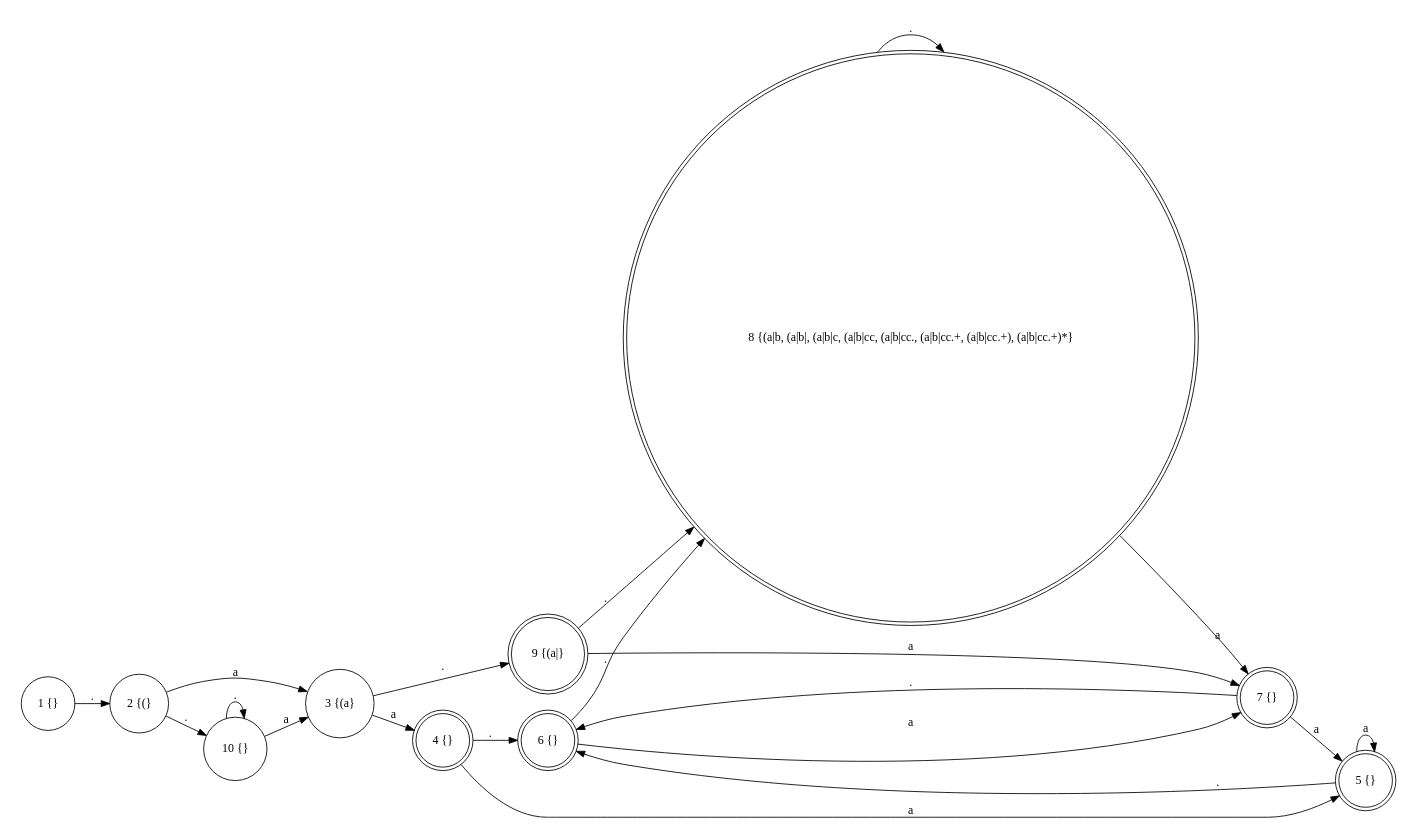
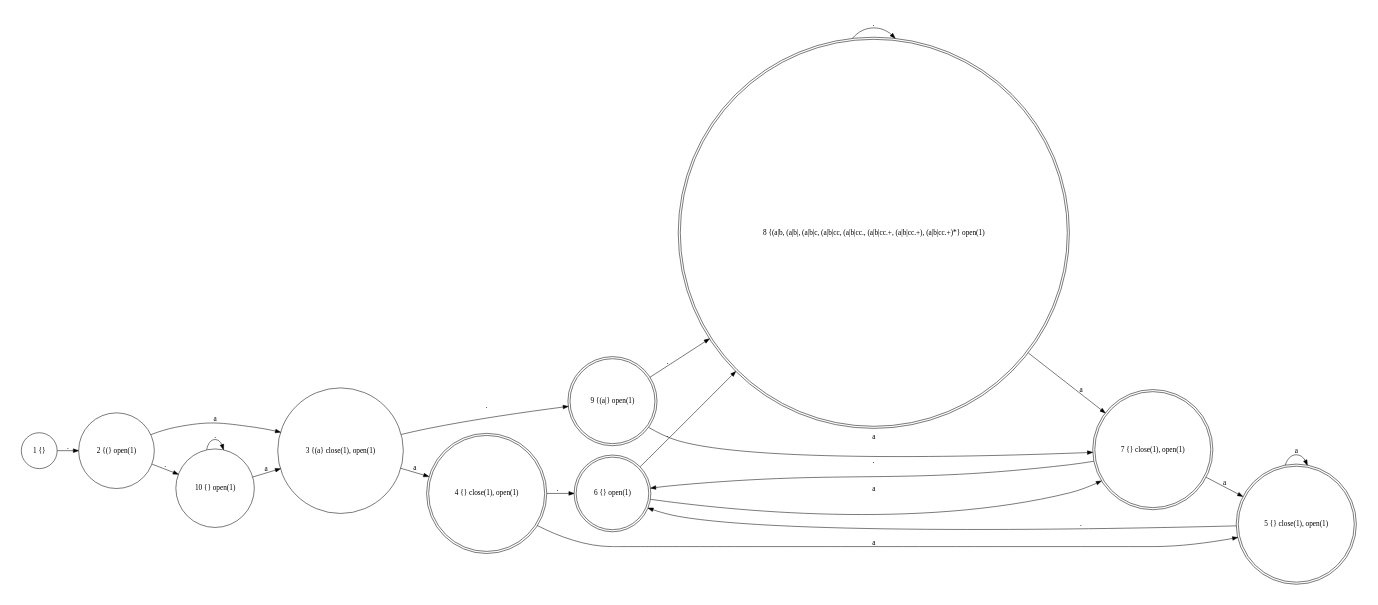
Before and after one commit to leegao/LuaInLua: the diagram in test.dot, drawn with Graphviz. The commit also changed 1 other file, not shown here.

```diff
--- a/test.dot
+++ b/test.dot
@@ -1,35 +1,35 @@
 digraph {
   rankdir=LR;
   size="8,5"
   node[shape=doublecircle,label=""]; 4 8 7 9 6 5;
   node[shape=circle,label=""];
-  4[label="4 {}"];
-  8[label="8 {(a|b, (a|b|, (a|b|c, (a|b|cc, (a|b|cc., (a|b|cc.+, (a|b|cc.+), (a|b|cc.+)*}"];
-  1[label="1 {}"];
-  5[label="5 {}"];
-  9[label="9 {(a|}"];
-  6[label="6 {}"];
-  3[label="3 {(a}"];
-  7[label="7 {}"];
-  2[label="2 {(}"];
-  10[label="10 {}"];
+  4[label="4 {} close(1), open(1)"];
+  8[label="8 {(a|b, (a|b|, (a|b|c, (a|b|cc, (a|b|cc., (a|b|cc.+, (a|b|cc.+), (a|b|cc.+)*} open(1)"];
+  1[label="1 {} "];
+  5[label="5 {} close(1), open(1)"];
+  9[label="9 {(a|} open(1)"];
+  6[label="6 {} open(1)"];
+  3[label="3 {(a} close(1), open(1)"];
+  7[label="7 {} close(1), open(1)"];
+  2[label="2 {(} open(1)"];
+  10[label="10 {} open(1)"];
   4 -> 6[label="."];
   4 -> 5[label="a"];
   8 -> 8[label="."];
   8 -> 7[label="a"];
   1 -> 2[label="."];
   5 -> 6[label="."];
   5 -> 5[label="a"];
   9 -> 8[label="."];
   9 -> 7[label="a"];
   6 -> 8[label="."];
   6 -> 7[label="a"];
   3 -> 4[label="a"];
   3 -> 9[label="."];
   7 -> 6[label="."];
   7 -> 5[label="a"];
   2 -> 3[label="a"];
   2 -> 10[label="."];
   10 -> 3[label="a"];
   10 -> 10[label="."];
 }
```
